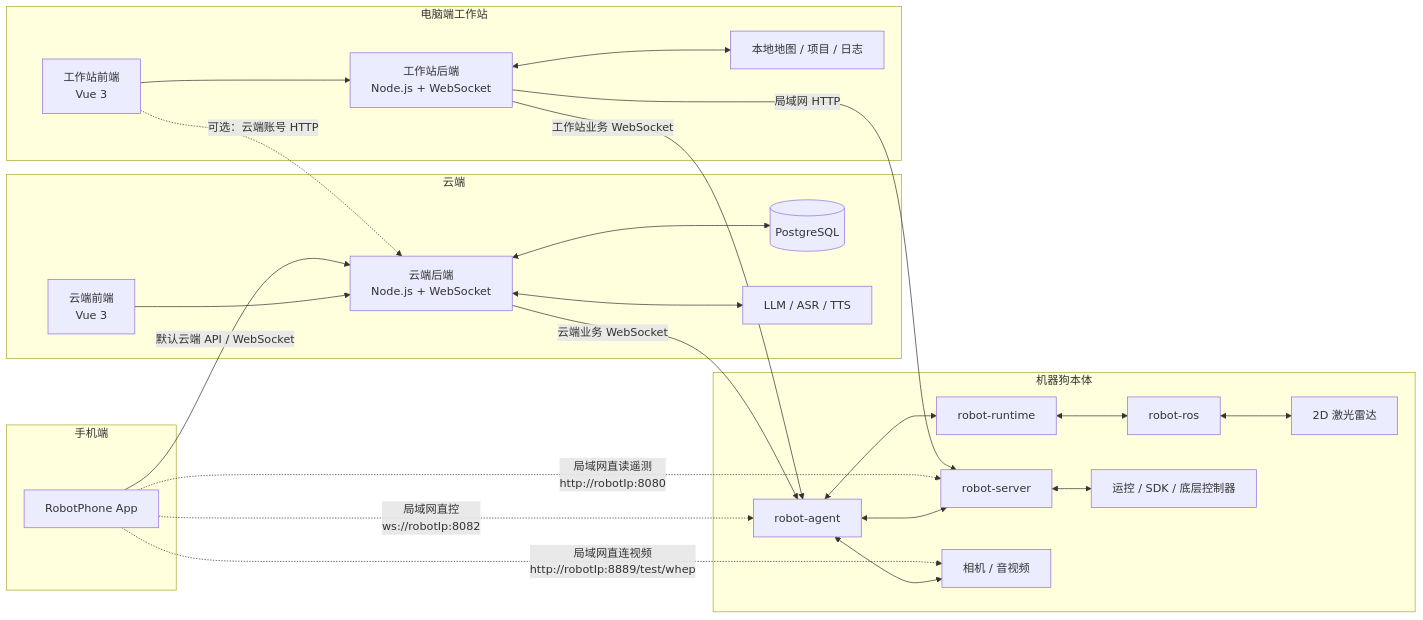
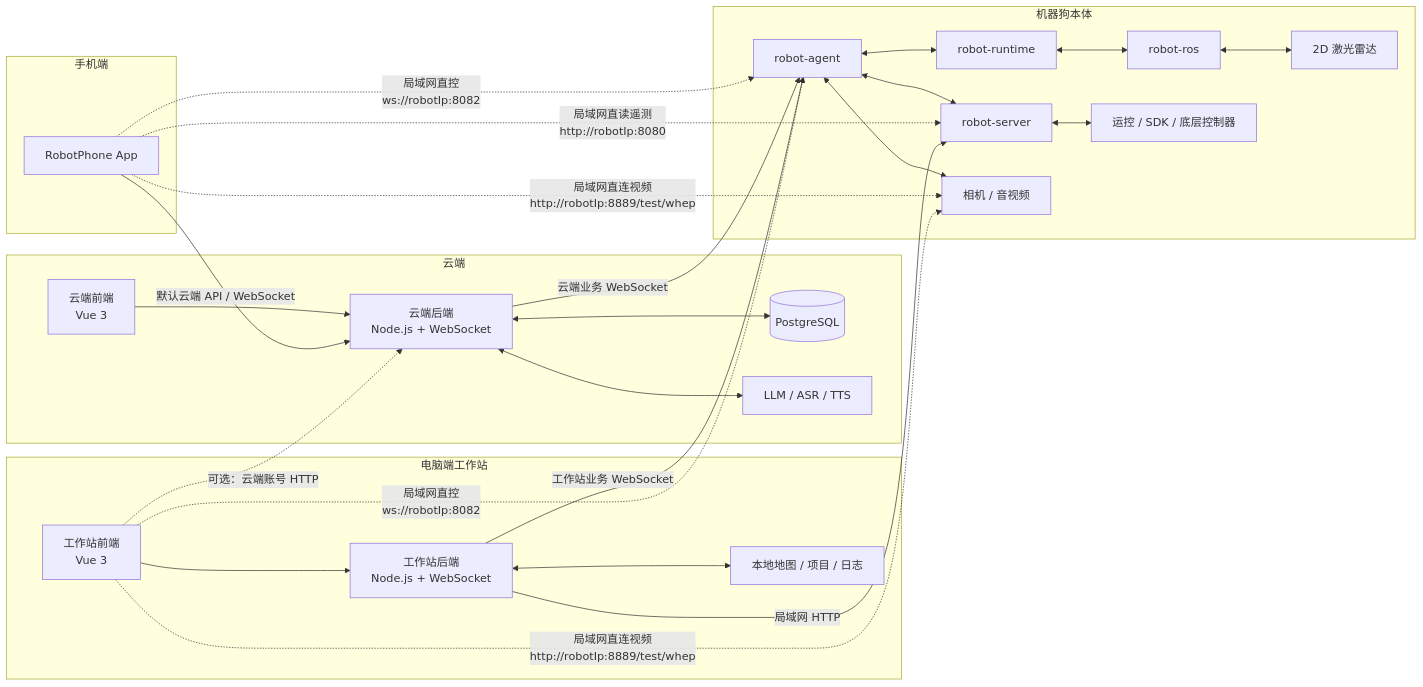
One commit to sakurakugu/robot-system changed the first of 8 diagrams in docs/4. 全端链路流程图.md. Above: the diagram before and after it, drawn with Mermaid. The commit also changed other lines of this file and 1 other file, not shown here.

First line of the commit message:
docs: 更新TODO和全端链路流程图文档

````diff
--- a/docs/4. 全端链路流程图.md
+++ b/docs/4. 全端链路流程图.md
@@ -14,52 +14,54 @@
 ```mermaid
 flowchart LR
   subgraph 手机端
     phoneApp[RobotPhone App]
   end
 
   subgraph 电脑端工作站
     pcWeb[工作站前端<br/>Vue 3]
     pcApi[工作站后端<br/>Node.js + WebSocket]
     pcData[本地地图 / 项目 / 日志]
     pcWeb --> pcApi
     pcApi <--> pcData
   end
 
   subgraph 云端
     cloudWeb[云端前端<br/>Vue 3]
     cloudApi[云端后端<br/>Node.js + WebSocket]
     cloudDb[(PostgreSQL)]
     cloudAi[LLM / ASR / TTS]
     cloudWeb --> cloudApi
     cloudApi <--> cloudDb
     cloudApi <--> cloudAi
   end
 
   subgraph 机器狗本体
     agent[robot-agent]
     server[robot-server]
     runtime[robot-runtime]
     ros[robot-ros]
     dog[运控 / SDK / 底层控制器]
     lidar[2D 激光雷达]
     video[相机 / 音视频]
 
     agent <--> server
     agent <--> runtime
     runtime <--> ros
     server <--> dog
     ros <--> lidar
     agent <--> video
   end
 
   phoneApp -->|默认云端 API / WebSocket| cloudApi
   phoneApp -.->|局域网直控<br/>ws://robotIp:8082| agent
   phoneApp -.->|局域网直读遥测<br/>http://robotIp:8080| server
   phoneApp -.->|局域网直连视频<br/>http://robotIp:8889/test/whep| video
 
   pcApi -->|局域网 HTTP| server
   pcApi -->|工作站业务 WebSocket| agent
+  pcWeb -.->|局域网直控<br/>ws://robotIp:8082| agent
+  pcWeb -.->|局域网直连视频<br/>http://robotIp:8889/test/whep| video
   pcWeb -.->|可选：云端账号 HTTP| cloudApi
 
   cloudApi -->|云端业务 WebSocket| agent
 ```
````
